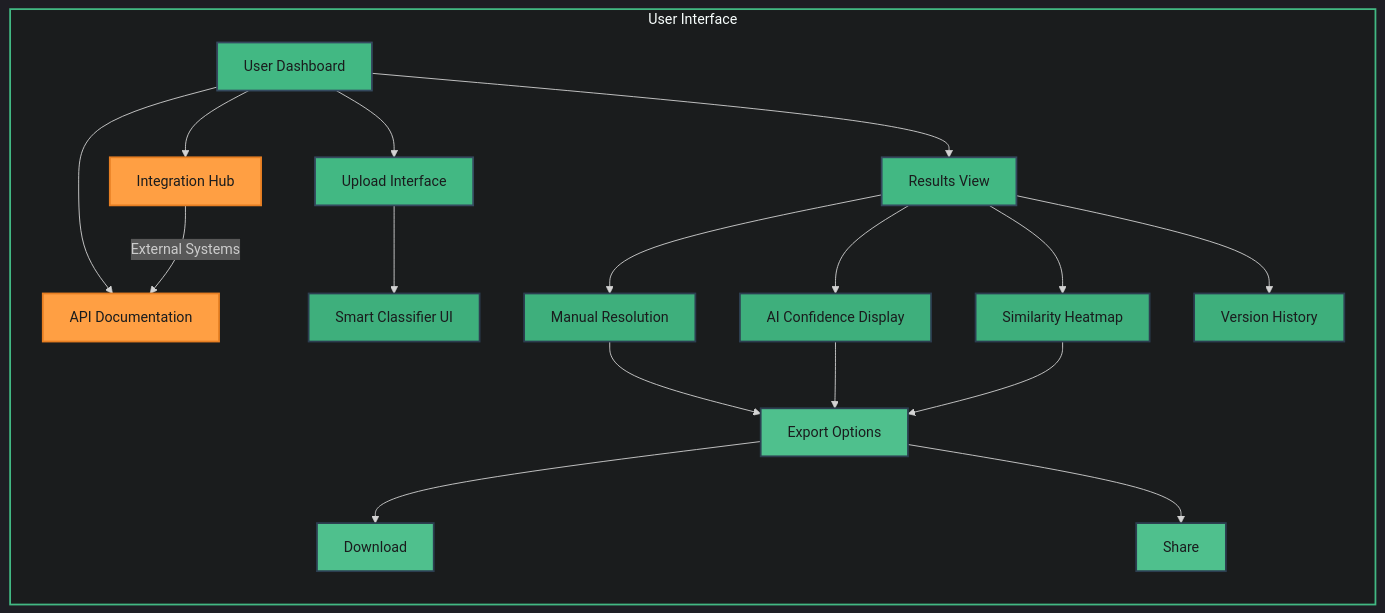
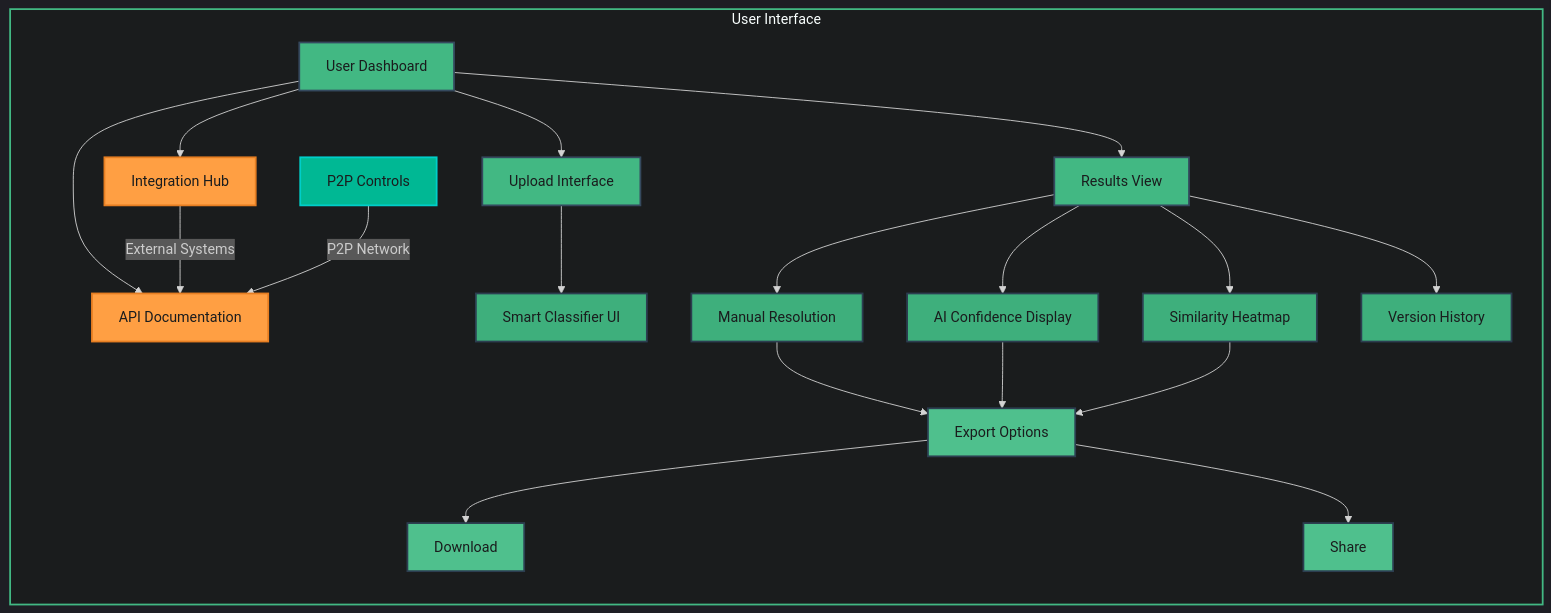
Before and after one commit to jermsam/jdeduplix: the second of 3 diagrams in ReadMe.md, drawn with Mermaid. The commit also changed other lines of this file, not shown here.

Commit message:
broken down diagram for clarity

````diff
--- a/ReadMe.md
+++ b/ReadMe.md
@@ -69,42 +88,45 @@
 ```mermaid
 %%{init: {'theme': 'dark', 'themeVariables': { 'darkMode': true }}}%%
 flowchart TD
     classDef primary fill:#42b883,stroke:#35495e,stroke-width:2px,color:#1a1c1d
     classDef secondary fill:#3eaf7c,stroke:#2c3e50,stroke-width:2px,color:#1a1c1d
     classDef action fill:#4fc08d,stroke:#2c3e50,stroke-width:2px,color:#1a1c1d
     classDef api fill:#ff9f43,stroke:#e67e22,stroke-width:2px,color:#1a1c1d
+    classDef p2p fill:#00b894,stroke:#00cec9,stroke-width:2px,color:#1a1c1d
 
     subgraph UI[User Interface]
         direction TB
         A[User Dashboard]:::primary
         B[Upload Interface]:::primary
         C[Results View]:::primary
         D[Smart Classifier UI]:::secondary
         E[Manual Resolution]:::secondary
         F[AI Confidence Display]:::secondary
         G[Similarity Heatmap]:::secondary
         H[Export Options]:::action
         I[Download]:::action
         J[Share]:::action
         K[API Documentation]:::api
         L[Version History]:::secondary
         M[Integration Hub]:::api
+        N[P2P Controls]:::p2p
         
         A --> B
         A --> C
         A --> K
         A --> M
         B --> D
         C --> E
         C --> F
         C --> G
         C --> L
         E & F & G --> H
         H --> I
         H --> J
         
         M --> |External Systems| K
+        N --> |P2P Network| K
     end
 
     style UI fill:#1a1c1d,stroke:#42b883,stroke-width:2px
 ```
````
